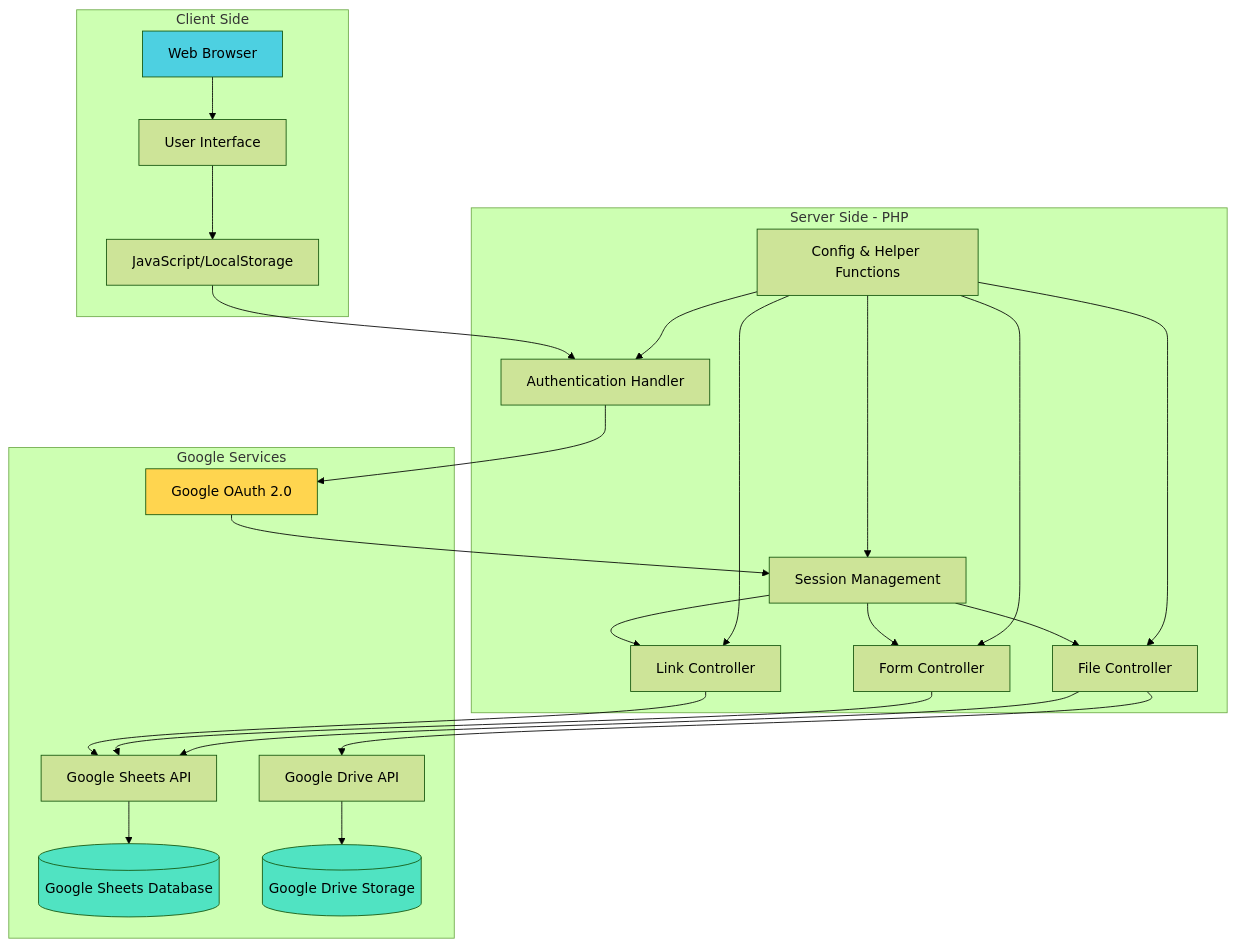
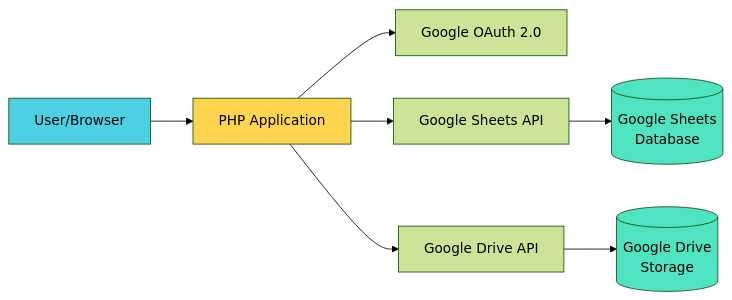
The second of 2 diagrams in FLOWCHART.md (LTZ24/DATA-MANAGEMENT_v2), drawn with Mermaid (forest theme) before and after one commit. The commit also changed other lines of this file, not shown here.

Commit message:
Simplify flowchart - show only core application flow

````diff
--- a/FLOWCHART.md
+++ b/FLOWCHART.md
@@ -497,55 +52,15 @@
 ```mermaid
-graph TB
-    subgraph "Client Side"
-        Browser[Web Browser]
-        UI[User Interface]
-        JS[JavaScript/LocalStorage]
-    end
+graph LR
+    User[User/Browser] --> PHP[PHP Application]
+    PHP --> OAuth[Google OAuth 2.0]
+    PHP --> Sheets[Google Sheets API]
+    PHP --> Drive[Google Drive API]
     
-    subgraph "Server Side - PHP"
-        Auth[Authentication Handler]
-        Session[Session Management]
-        LinkCtrl[Link Controller]
-        FormCtrl[Form Controller]
-        FileCtrl[File Controller]
-        Config[Config & Helper Functions]
-    end
+    Sheets --> Data[(Google Sheets<br/>Database)]
+    Drive --> Storage[(Google Drive<br/>Storage)]
     
-    subgraph "Google Services"
-        OAuth[Google OAuth 2.0]
-        SheetsAPI[Google Sheets API]
-        DriveAPI[Google Drive API]
-        GSheets[(Google Sheets Database)]
-        GDrive[(Google Drive Storage)]
-    end
-    
-    Browser --> UI
-    UI --> JS
-    JS --> Auth
-    
-    Auth --> OAuth
-    OAuth --> Session
-    
-    Session --> LinkCtrl
-    Session --> FormCtrl
-    Session --> FileCtrl
-    
-    LinkCtrl --> SheetsAPI
-    FormCtrl --> SheetsAPI
-    FileCtrl --> DriveAPI
-    FileCtrl --> SheetsAPI
-    
-    SheetsAPI --> GSheets
-    DriveAPI --> GDrive
-    
-    Config --> Auth
-    Config --> Session
-    Config --> LinkCtrl
-    Config --> FormCtrl
-    Config --> FileCtrl
-    
-    style Browser fill:#4dd0e1
-    style OAuth fill:#ffd54f
-    style GSheets fill:#50e3c2
-    style GDrive fill:#50e3c2
+    style User fill:#4dd0e1
+    style PHP fill:#ffd54f
+    style Data fill:#50e3c2
+    style Storage fill:#50e3c2
 ```
````
